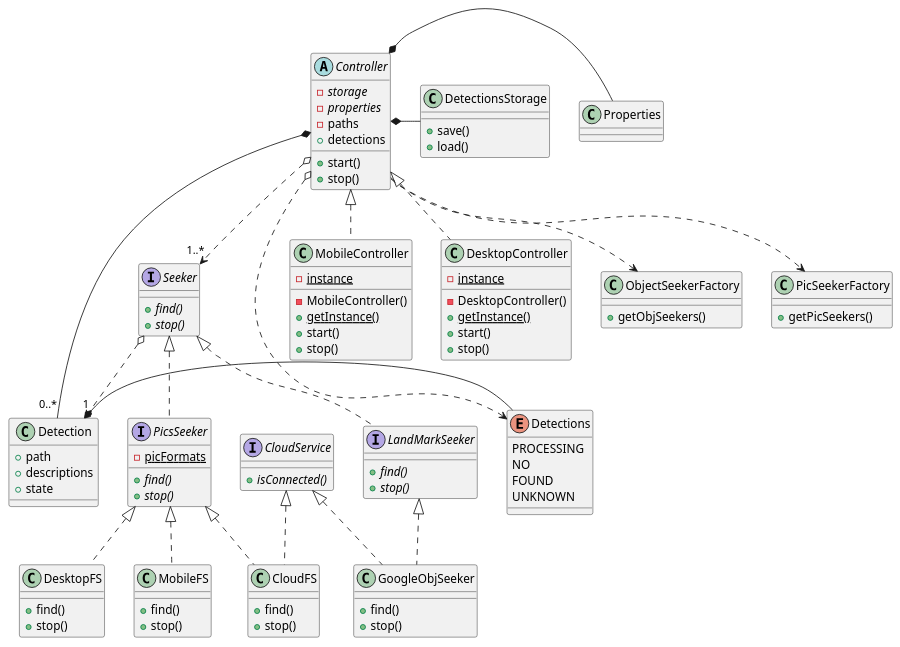
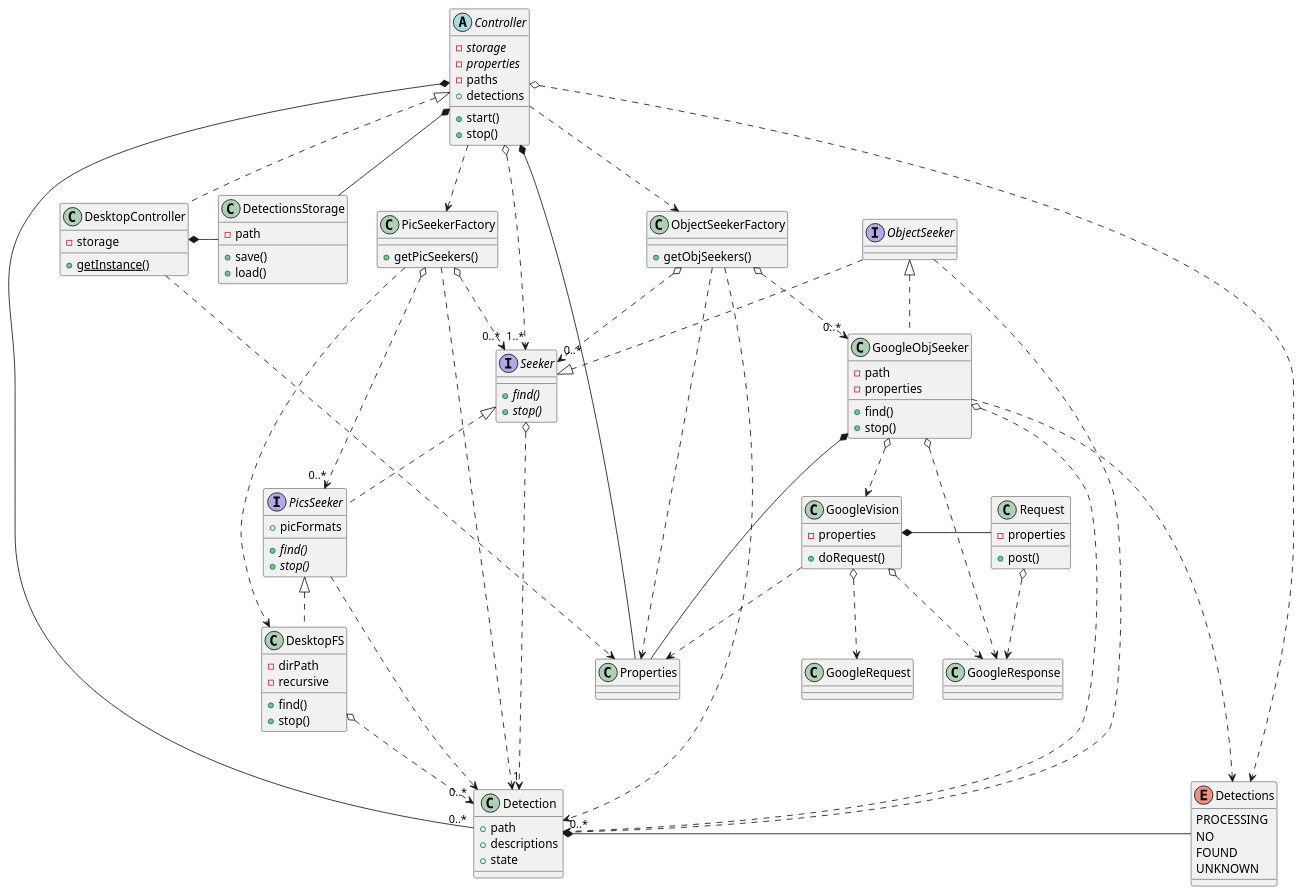
One commit to saratoga8/sights_detect changed the diagram in core/docs/core_classes.puml. Above: the diagram before and after it, drawn with PlantUML. The commit also changed 2 other files, not shown here.

Commit message:
updated class diagram

```diff
--- a/core/docs/core_classes.puml
+++ b/core/docs/core_classes.puml
@@ -1,119 +1,124 @@
 @startuml
 
 abstract class Controller {
   {abstract}-storage
   {abstract}-properties
   -paths
   +detections
   +start()
   +stop()
 }
 
-class MobileController {
-  {static} -instance
-  -MobileController()
+class DesktopController {
+  -storage
   {static} +getInstance()
-  +start()
-  +stop()
-}
-
-class DesktopController {
-  {static} -instance
-  -DesktopController()
-  {static} +getInstance()
-  +start()
-  +stop()
 }
 
 class DetectionsStorage {
+   -path
    +save()
    +load()
 }
 
 class ObjectSeekerFactory {
    +getObjSeekers()
 }
 
 class PicSeekerFactory {
    +getPicSeekers()
 }
 
 class Detection {
   +path
   +descriptions
   +state
 }
 
+class Request {
+  -properties
+  +post()
+}
+
+class GoogleResponse {
+}
+
 Controller *- Properties
 Controller *- DetectionsStorage
 Controller *- "0..*" Detection
 Controller o..> Detections
 Controller o..> "1..*" Seeker
 Controller ..> ObjectSeekerFactory
 Controller ..> PicSeekerFactory
+DesktopController ..> Properties
+DesktopController *- DetectionsStorage
+Request o..> GoogleResponse
 Detection *- Detections
 Seeker o..> "1" Detection
-Seeker <|.. PicsSeeker
+PicsSeeker ..> Detection
+PicSeekerFactory ..> DesktopFS
+PicSeekerFactory o..> "0..*" Seeker
+PicSeekerFactory ..> Detection
+PicSeekerFactory o..> "0..*" PicsSeeker
+DesktopFS o..> "0..*" Detection
+ObjectSeekerFactory ..> Properties
+ObjectSeekerFactory ..> Detection
+ObjectSeekerFactory o..> "0..*" Seeker
+ObjectSeekerFactory o..> "0..*" GoogleObjSeeker
+ObjectSeeker ..> Detection
+GoogleVision ..> Properties
+GoogleVision *- Request
+GoogleVision o..> GoogleRequest
+GoogleVision o..> GoogleResponse
+GoogleObjSeeker o..> "0..*" Detection
+GoogleObjSeeker *- Properties
+GoogleObjSeeker o..> GoogleVision
+GoogleObjSeeker o..> GoogleResponse
+GoogleObjSeeker ..> Detections
+
+interface ObjectSeeker { }
 
 enum Detections {
    PROCESSING
    NO
    FOUND
    UNKNOWN
 }
 
 interface Seeker {
   {abstract} +find()
   {abstract} +stop()
 }
 
 interface PicsSeeker {
-  {static}-picFormats
+  +picFormats
   {abstract} +find()
   {abstract} +stop()
 }
 
 
-Controller <|.. MobileController
 Controller <|.. DesktopController
 PicsSeeker <|.. DesktopFS
-PicsSeeker <|.. MobileFS
-PicsSeeker <|.. CloudFS
-CloudService <|.. CloudFS
+Seeker <|.. PicsSeeker
+ObjectSeeker ..|> Seeker
+ObjectSeeker <|.. GoogleObjSeeker
 
 class DesktopFS {
+   -dirPath
+   -recursive
    +find()
    +stop()
 }
 
-class MobileFS {
+class GoogleObjSeeker {
+   -path
+   -properties
    +find()
    +stop()
 }
 
-class CloudFS {
-   +find()
-   +stop()
-}
-
-
-Seeker <|.. LandMarkSeeker
-LandMarkSeeker <|.. GoogleObjSeeker
-CloudService <|.. GoogleObjSeeker
-
-interface LandMarkSeeker {
-   {abstract} +find()
-   {abstract} +stop()
-}
-
-class GoogleObjSeeker {
-   +find()
-   +stop()
-}
-
-
-interface CloudService {
-  {abstract} +isConnected()
+class GoogleVision {
+   -properties
+   +doRequest()
 }
 
 @enduml
```
